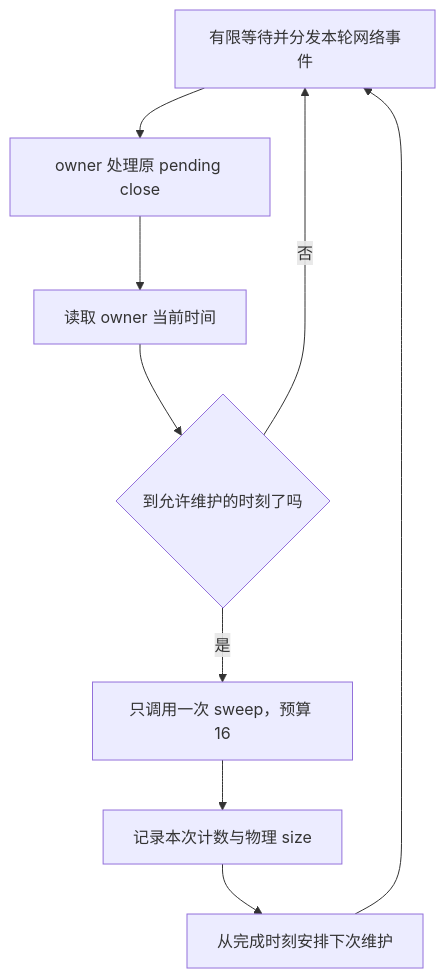
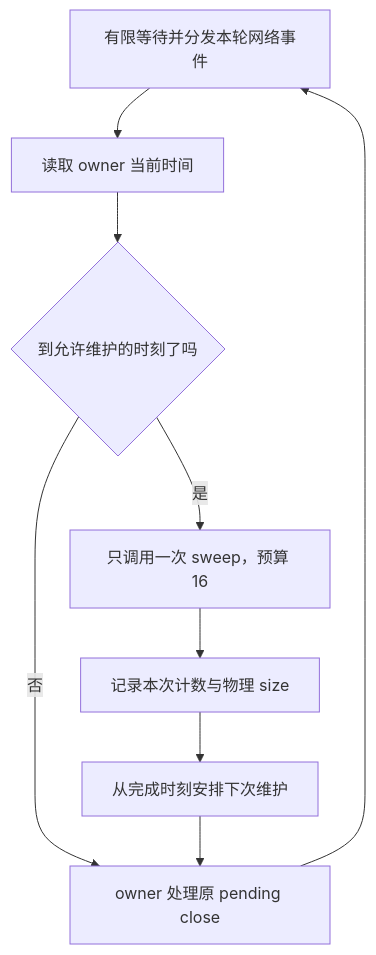
The second of 2 diagrams in week13/day5/day5.md (FxorG00/system-learning-notes), drawn with Mermaid before and after one commit. The commit also changed other lines of this file and 17 other files, not shown here.

````diff
--- a/week13/day5/day5.md
+++ b/week13/day5/day5.md
@@ -457,11 +342,11 @@
 ```mermaid
 graph TD
-    A["有限等待并分发本轮网络事件"] --> B["owner 处理原 pending close"]
-    B --> C["读取 owner 当前时间"]
+    A["有限等待并分发本轮网络事件"] --> C["读取 owner 当前时间"]
     C --> D{"到允许维护的时刻了吗"}
-    D -->|否| A
+    D -->|否| B["owner 处理原 pending close"]
     D -->|是| E["只调用一次 sweep，预算 16"]
     E --> F["记录本次计数与物理 size"]
     F --> G["从完成时刻安排下次维护"]
-    G --> A
+    G --> B
+    B --> A
 ```
````
